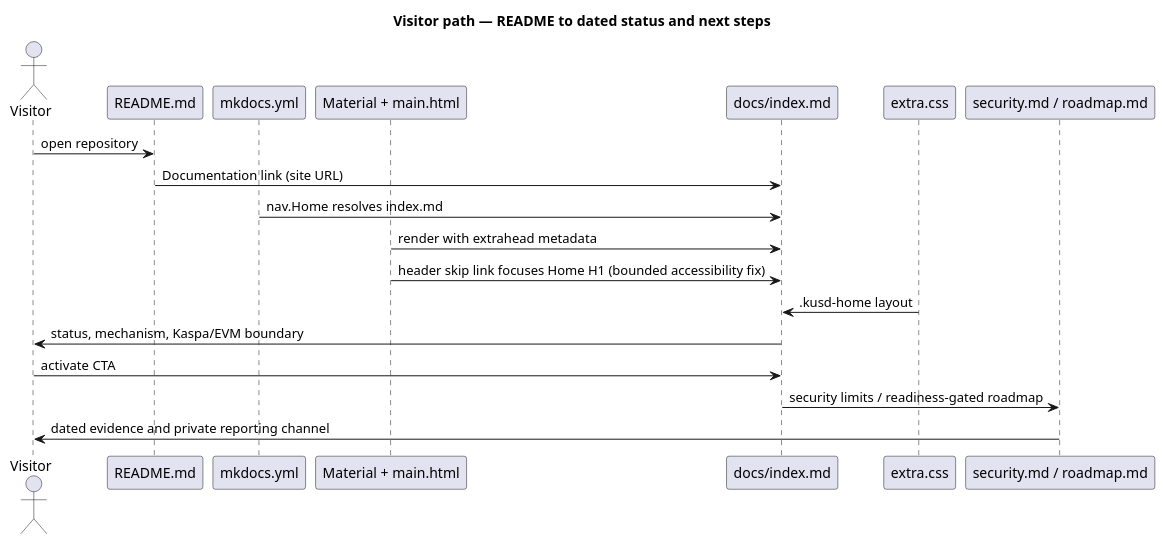
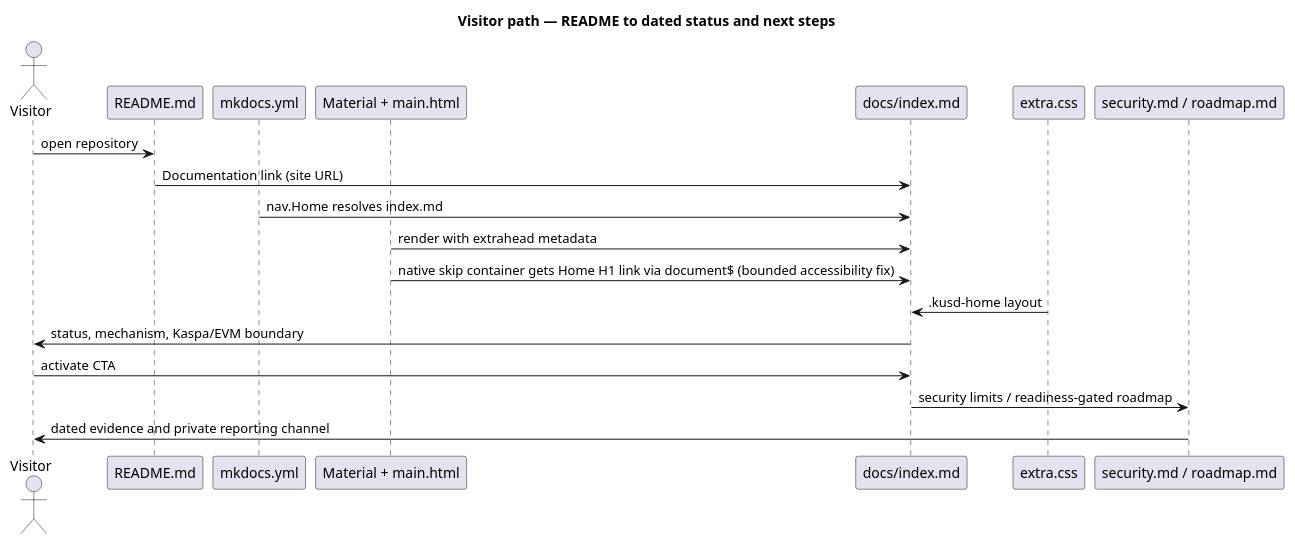
Before and after one commit to NeaBouli/1kUSD: the diagram in docs/architecture/main-path.puml, drawn with PlantUML. The commit also changed 3 other files, not shown here.

First line of the commit message:
fix(docs): move Home skip link into native skip container for instant nav (T-023)

```diff
--- a/docs/architecture/main-path.puml
+++ b/docs/architecture/main-path.puml
@@ -1,21 +1,21 @@
 @startuml
 title Visitor path — README to dated status and next steps
 actor Visitor
 participant "README.md" as README
 participant "mkdocs.yml" as Config
 participant "Material + main.html" as Theme
 participant "docs/index.md" as Landing
 participant "extra.css" as Styles
 participant "security.md / roadmap.md" as Trust
 
 Visitor -> README : open repository
 README -> Landing : Documentation link (site URL)
 Config -> Landing : nav.Home resolves index.md
 Theme -> Landing : render with extrahead metadata
-Theme -> Landing : header skip link focuses Home H1 (bounded accessibility fix)
+Theme -> Landing : native skip container gets Home H1 link via document$ (bounded accessibility fix)
 Styles -> Landing : .kusd-home layout
 Landing -> Visitor : status, mechanism, Kaspa/EVM boundary
 Visitor -> Landing : activate CTA
 Landing -> Trust : security limits / readiness-gated roadmap
 Trust -> Visitor : dated evidence and private reporting channel
 @enduml
```
